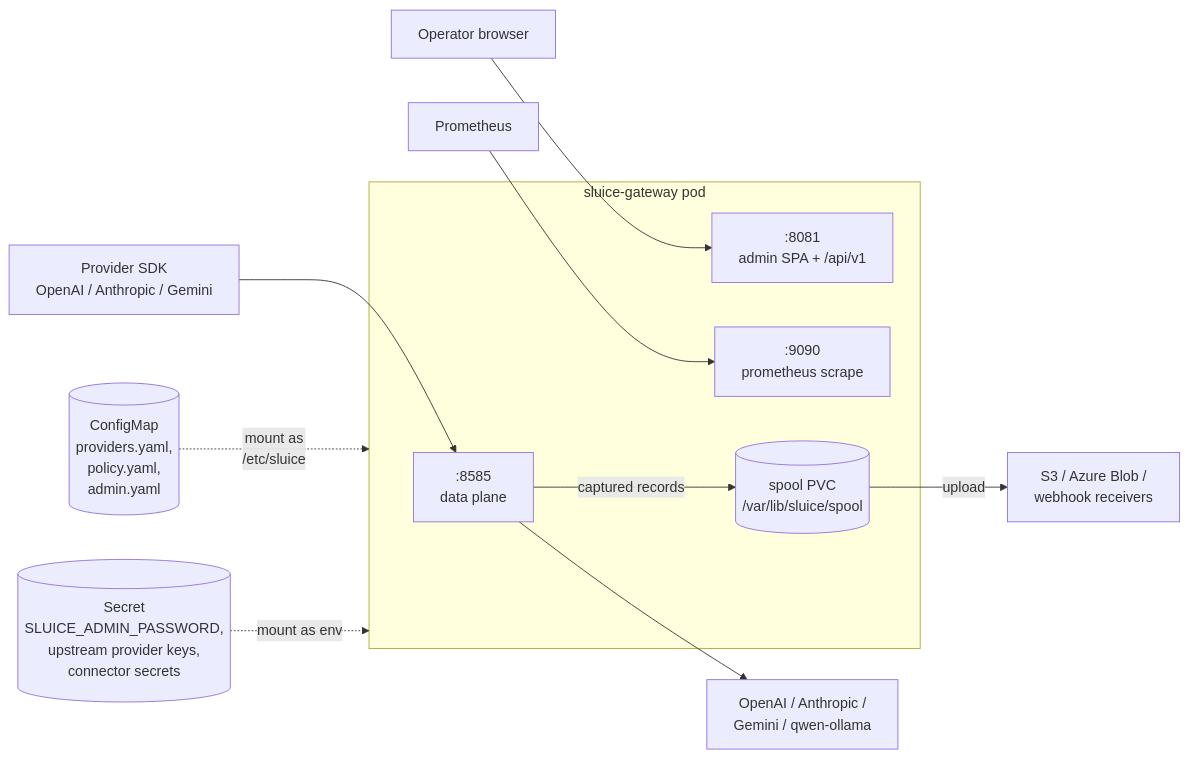
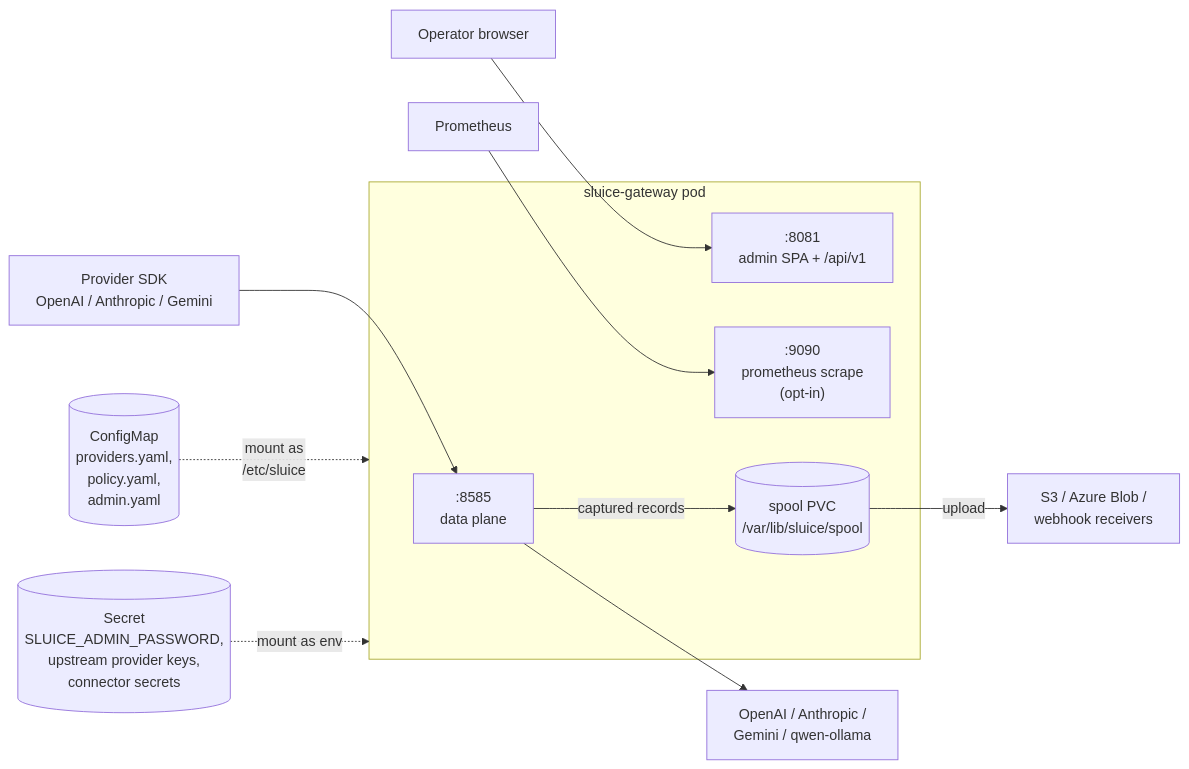
The first of 3 diagrams in docs/deployment.md (andyjmorgan/slipspace-gateway), drawn with Mermaid before and after one commit. The commit also changed other lines of this file and 4 other files, not shown here.

````diff
--- a/docs/deployment.md
+++ b/docs/deployment.md
@@ -31,21 +31,21 @@
 ```mermaid
 flowchart LR
     subgraph Pod[sluice-gateway pod]
         DP[":8585<br/>data plane"]
         AD[":8081<br/>admin SPA + /api/v1"]
-        PR[":9090<br/>prometheus scrape"]
+        PR[":9090<br/>prometheus scrape<br/>(opt-in)"]
         SP[("spool PVC<br/>/var/lib/sluice/spool")]
     end
 
     CFG[("ConfigMap<br/>providers.yaml,<br/>policy.yaml,<br/>admin.yaml")] -. mount as<br/>/etc/sluice .-> Pod
     SEC[("Secret<br/>SLUICE_ADMIN_PASSWORD,<br/>upstream provider keys,<br/>connector secrets")] -. mount as env .-> Pod
 
     Client[Provider SDK<br/>OpenAI / Anthropic / Gemini] --> DP
     Operator[Operator browser] --> AD
     Scrape[Prometheus] --> PR
 
     DP -- captured records --> SP
     SP -- upload --> Dest[S3 / Azure Blob /<br/>webhook receivers]
 
     DP --> Upstream[OpenAI / Anthropic /<br/>Gemini / qwen-ollama]
 ```
````
